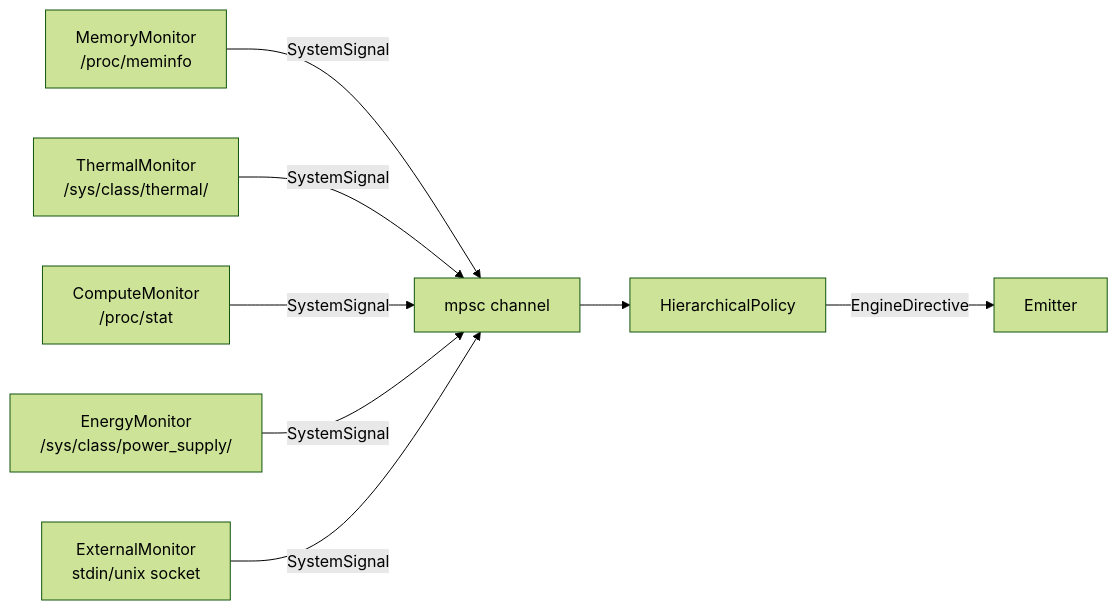
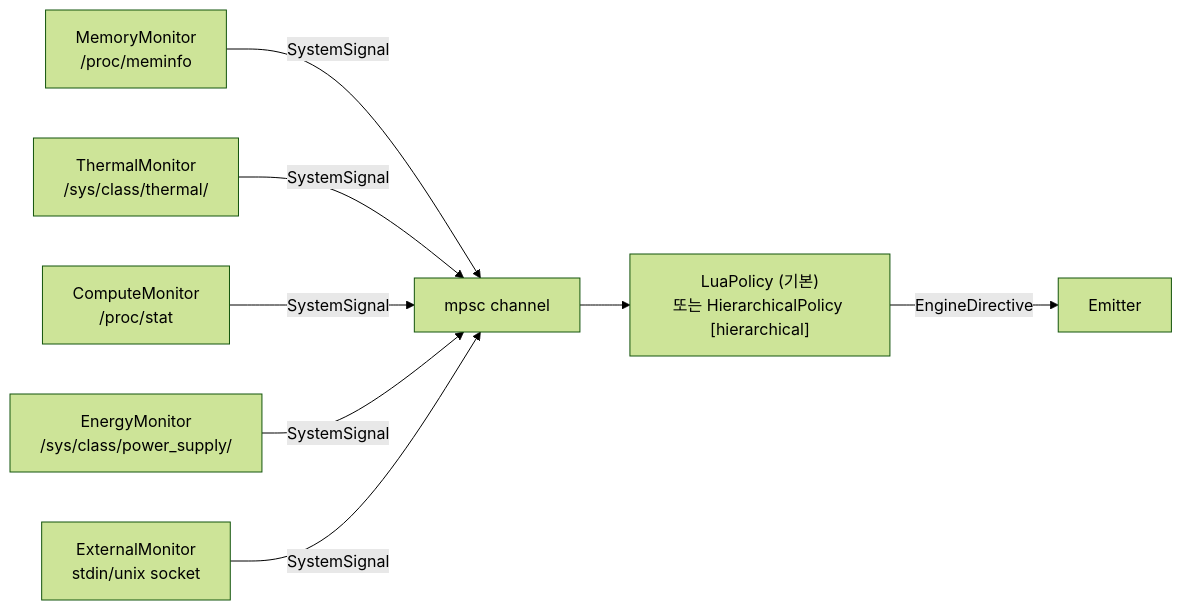
Before and after one commit to hedone21/llm_rs2: the second of 2 diagrams in arch/23-manager-data.md, drawn with Mermaid (forest theme). The commit also changed other lines of this file and 3 other files, not shown here.

First line of the commit message:
docs(arch): update Manager architecture for LuaPolicy as default policy

````diff
--- a/arch/23-manager-data.md
+++ b/arch/23-manager-data.md
@@ -258,10 +317,10 @@
 ```mermaid
 flowchart LR
     MemMon[MemoryMonitor<br>/proc/meminfo] --> |SystemSignal| Bus[mpsc channel]
     ThermMon[ThermalMonitor<br>/sys/class/thermal/] --> |SystemSignal| Bus
     CompMon[ComputeMonitor<br>/proc/stat] --> |SystemSignal| Bus
     EneMon[EnergyMonitor<br>/sys/class/power_supply/] --> |SystemSignal| Bus
     ExtMon[ExternalMonitor<br>stdin/unix socket] --> |SystemSignal| Bus
-    Bus --> PolicyEngine[HierarchicalPolicy]
+    Bus --> PolicyEngine["LuaPolicy (기본)<br/>또는 HierarchicalPolicy [hierarchical]"]
     PolicyEngine --> |EngineDirective| Emitter[Emitter]
 ```
````
